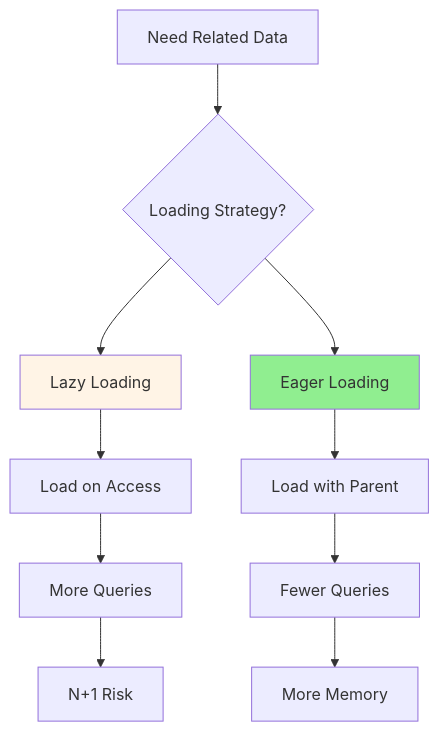
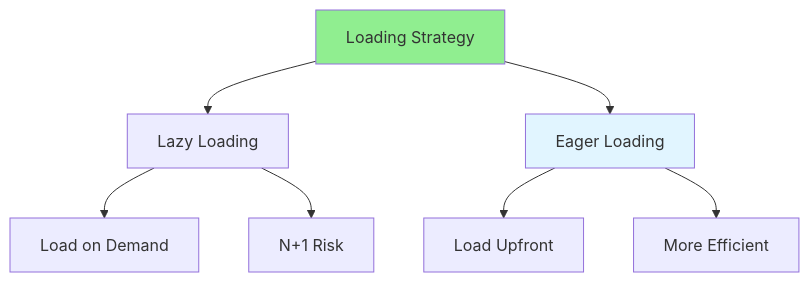
One commit to iouthnamain/tech-note changed the diagram in Full-Stack-Guides/Group-06-Database-Analysis/06.10_Lazy_vs_Eager_Loading.md. Above: the diagram before and after it, drawn with Mermaid. The commit also changed other lines of this file and 480 other files, not shown here.

````diff
--- a/Full-Stack-Guides/Group-06-Database-Analysis/06.10_Lazy_vs_Eager_Loading.md
+++ b/Full-Stack-Guides/Group-06-Database-Analysis/06.10_Lazy_vs_Eager_Loading.md
@@ -23,18 +23,14 @@
 ```mermaid
 graph TD
-    Need[Need Related Data] --> Strategy{Loading Strategy?}
-    Strategy --> Lazy[Lazy Loading]
-    Strategy --> Eager[Eager Loading]
+    Loading[Loading Strategy] --> Lazy[Lazy Loading]
+    Loading --> Eager[Eager Loading]
     
-    Lazy --> OnDemand[Load on Access]
-    Eager --> Upfront[Load with Parent]
+    Lazy --> OnDemand[Load on Demand]
+    Lazy --> NPlus1[N+1 Risk]
     
-    OnDemand --> MoreQueries[More Queries]
-    Upfront --> FewerQueries[Fewer Queries]
+    Eager --> Upfront[Load Upfront]
+    Eager --> Efficient[More Efficient]
     
-    MoreQueries --> NPlus1[N+1 Risk]
-    FewerQueries --> Memory[More Memory]
-    
-    style Lazy fill:#fff4e6
-    style Eager fill:#90EE90
+    style Loading fill:#90EE90
+    style Eager fill:#e1f5ff
 ```
````
